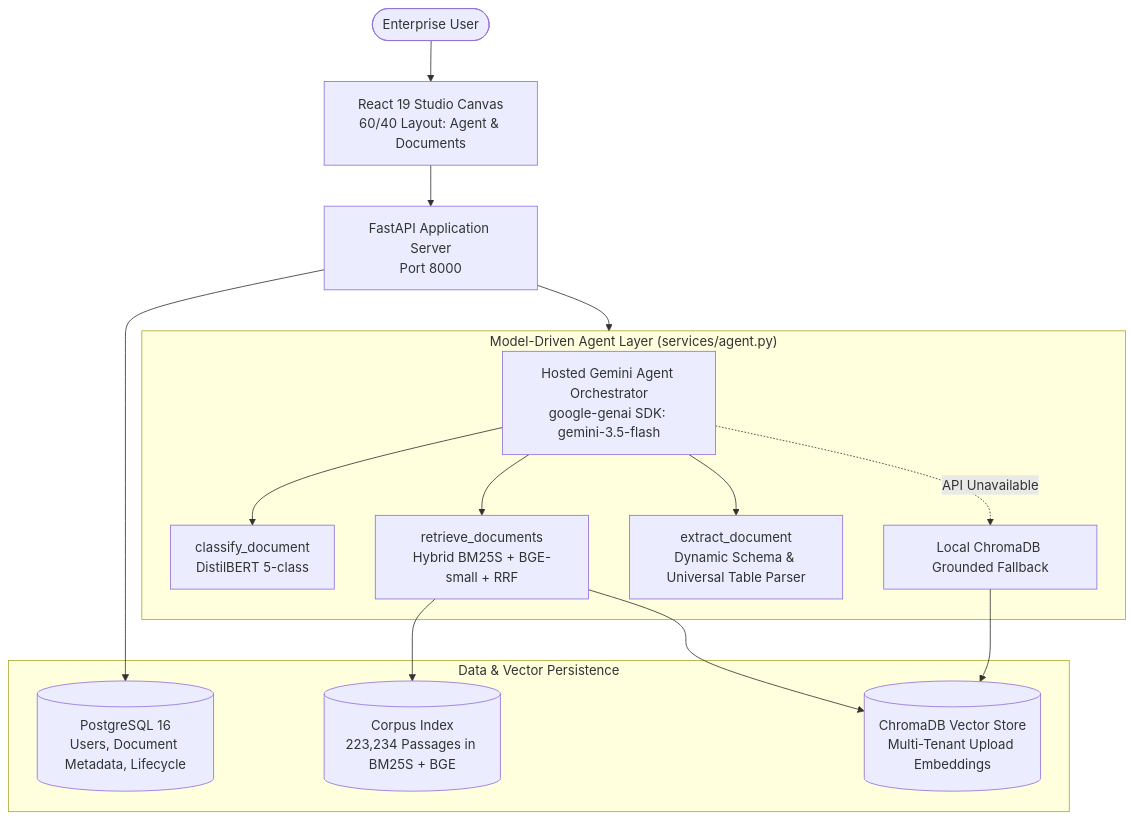
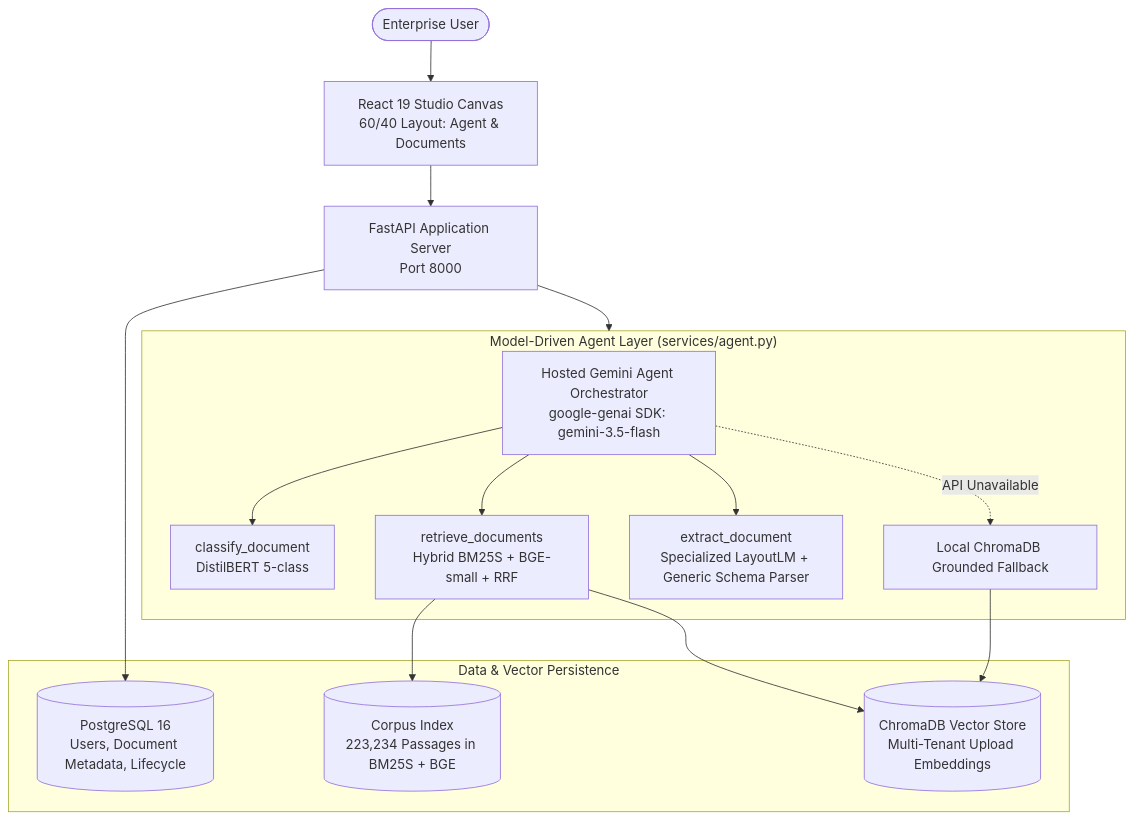
The diagram in README.md (SudeepKagi/DocuMind), drawn with Mermaid before and after one commit. The commit also changed other lines of this file and 18 other files, not shown here.

````diff
--- a/README.md
+++ b/README.md
@@ -47,30 +47,30 @@
 ```mermaid
 flowchart TD
     User([Enterprise User]) --> UI[React 19 Studio Canvas<br/>60/40 Layout: Agent & Documents]
     UI --> API[FastAPI Application Server<br/>Port 8000]
     
     subgraph AgentEngine["Model-Driven Agent Layer (services/agent.py)"]
         Agent[Hosted Gemini Agent Orchestrator<br/>google-genai SDK: gemini-3.5-flash]
         Tool1[classify_document<br/>DistilBERT 5-class]
         Tool2[retrieve_documents<br/>Hybrid BM25S + BGE-small + RRF]
-        Tool3[extract_document<br/>Dynamic Schema & Universal Table Parser]
+        Tool3[extract_document<br/>Specialized LayoutLM + Generic Schema Parser]
         Fallback[Local ChromaDB Grounded Fallback]
         
         Agent --> Tool1
         Agent --> Tool2
         Agent --> Tool3
         Agent -. API Unavailable .-> Fallback
     end
     
     subgraph PersistenceLayer["Data & Vector Persistence"]
         PG[(PostgreSQL 16<br/>Users, Document Metadata, Lifecycle)]
         ChromaStore[(ChromaDB Vector Store<br/>Multi-Tenant Upload Embeddings)]
         CorpusIndex[(Corpus Index<br/>223,234 Passages in BM25S + BGE)]
     end
     
     API --> AgentEngine
     API --> PG
     Tool2 --> CorpusIndex
     Tool2 --> ChromaStore
     Fallback --> ChromaStore
 ```
````
